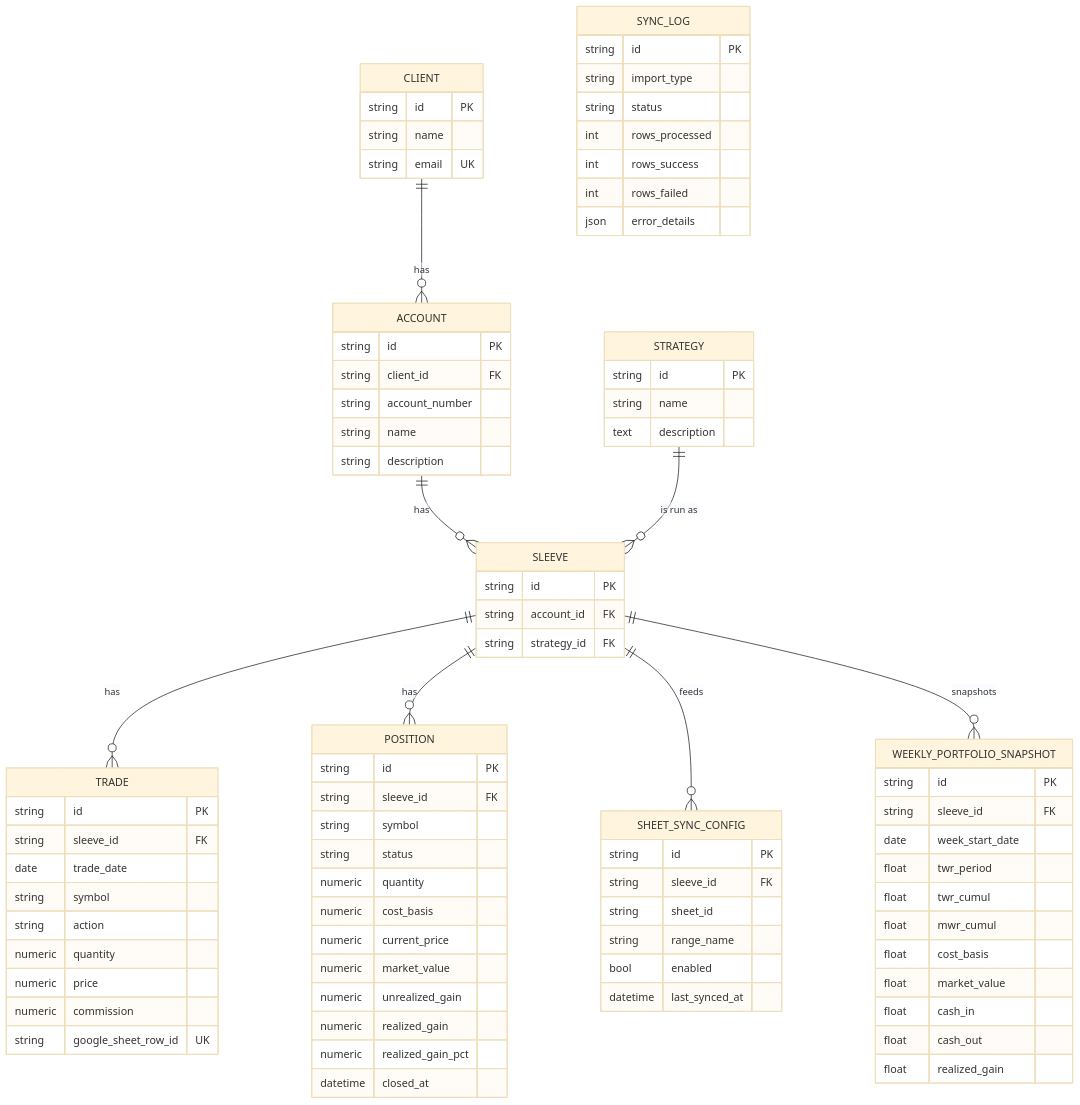
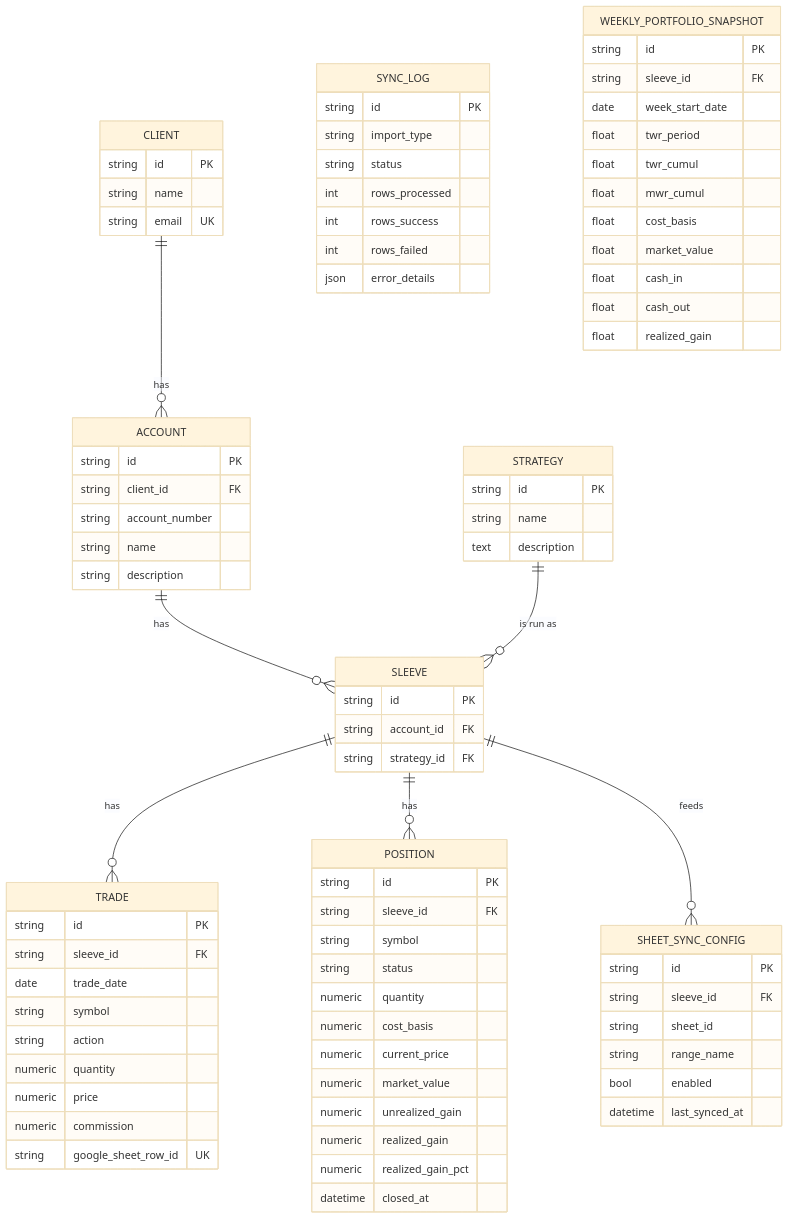
The diagram in backend/DATA_MODEL.md (venkatasudheerc/achalara), drawn with Mermaid (base theme) before and after one commit. The commit also changed other lines of this file and 21 other files, not shown here.

First line of the commit message:
Period table, report download, tests and docs for the perf schema

```diff
--- a/backend/DATA_MODEL.md
+++ b/backend/DATA_MODEL.md
@@ -37,7 +39,6 @@
     SLEEVE ||--o{ TRADE : has
     SLEEVE ||--o{ POSITION : has
     SLEEVE ||--o{ SHEET_SYNC_CONFIG : feeds
-    SLEEVE ||--o{ WEEKLY_PORTFOLIO_SNAPSHOT : snapshots
 
     CLIENT {
         string id PK
```
